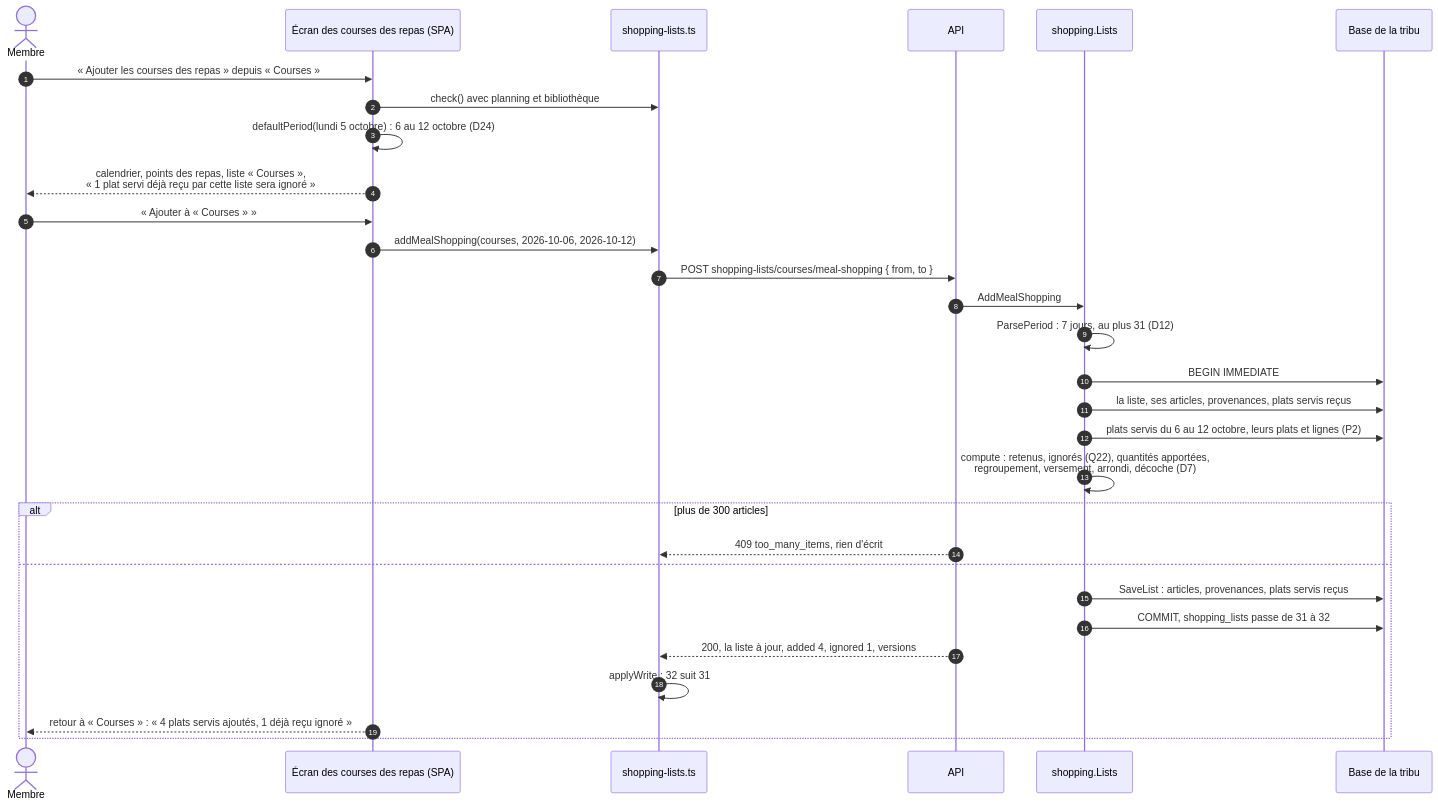
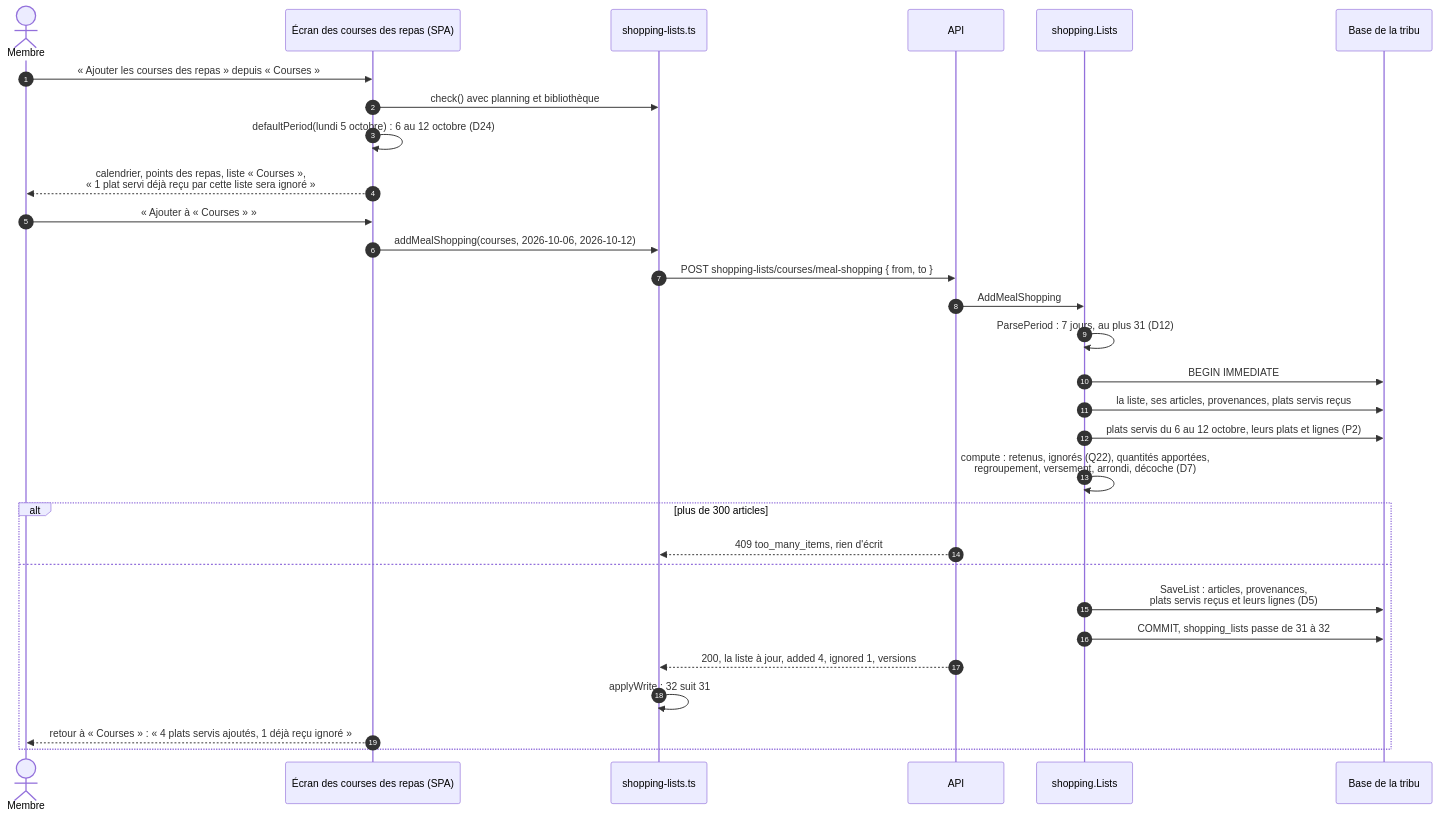
Before and after one commit to nelt/tribe-menus: the third of 5 diagrams in docs/conception/listes-de-courses.md, drawn with Mermaid. The commit also changed other lines of this file and 2 other files, not shown here.

First line of the commit message:
Plan courses : plats servis reçus avec leurs parts et les lignes du plat (revue #92, point 3)

````diff
--- a/docs/conception/listes-de-courses.md
+++ b/docs/conception/listes-de-courses.md
@@ -270,33 +279,33 @@
 ```mermaid
 sequenceDiagram
     autonumber
     actor M as Membre
     participant S as Écran des courses des repas (SPA)
     participant L as shopping-lists.ts
     participant A as API
     participant K as shopping.Lists
     participant D as Base de la tribu
 
     M->>S: « Ajouter les courses des repas » depuis « Courses »
     S->>L: check() avec planning et bibliothèque
     S->>S: defaultPeriod(lundi 5 octobre) : 6 au 12 octobre (D24)
     S-->>M: calendrier, points des repas, liste « Courses »,<br/>« 1 plat servi déjà reçu par cette liste sera ignoré »
     M->>S: « Ajouter à « Courses » »
     S->>L: addMealShopping(courses, 2026-10-06, 2026-10-12)
     L->>A: POST shopping-lists/courses/meal-shopping { from, to }
     A->>K: AddMealShopping
     K->>K: ParsePeriod : 7 jours, au plus 31 (D12)
     K->>D: BEGIN IMMEDIATE
     K->>D: la liste, ses articles, provenances, plats servis reçus
     K->>D: plats servis du 6 au 12 octobre, leurs plats et lignes (P2)
     K->>K: compute : retenus, ignorés (Q22), quantités apportées,<br/>regroupement, versement, arrondi, décoche (D7)
     alt plus de 300 articles
         A-->>L: 409 too_many_items, rien d'écrit
     else
-        K->>D: SaveList : articles, provenances, plats servis reçus
+        K->>D: SaveList : articles, provenances,<br/>plats servis reçus et leurs lignes (D5)
         K->>D: COMMIT, shopping_lists passe de 31 à 32
         A-->>L: 200, la liste à jour, added 4, ignored 1, versions
         L->>L: applyWrite : 32 suit 31
         S-->>M: retour à « Courses » : « 4 plats servis ajoutés, 1 déjà reçu ignoré »
     end
 ```
````
